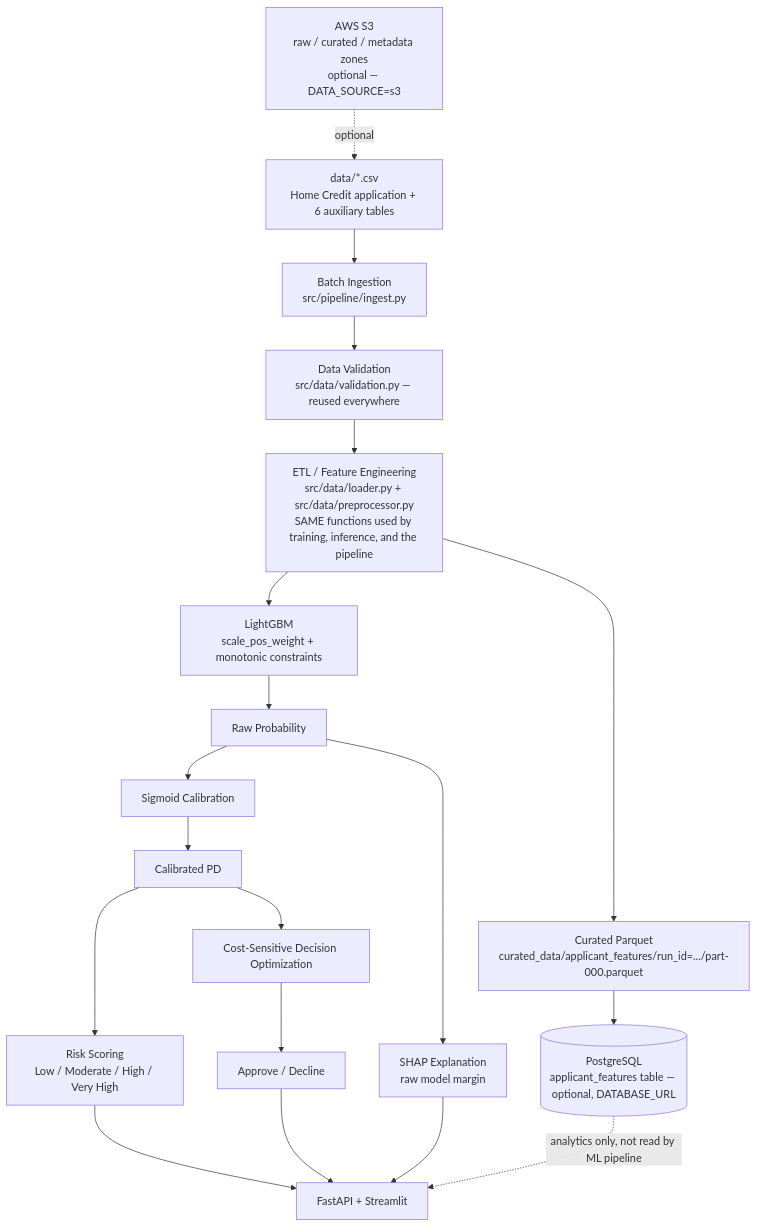
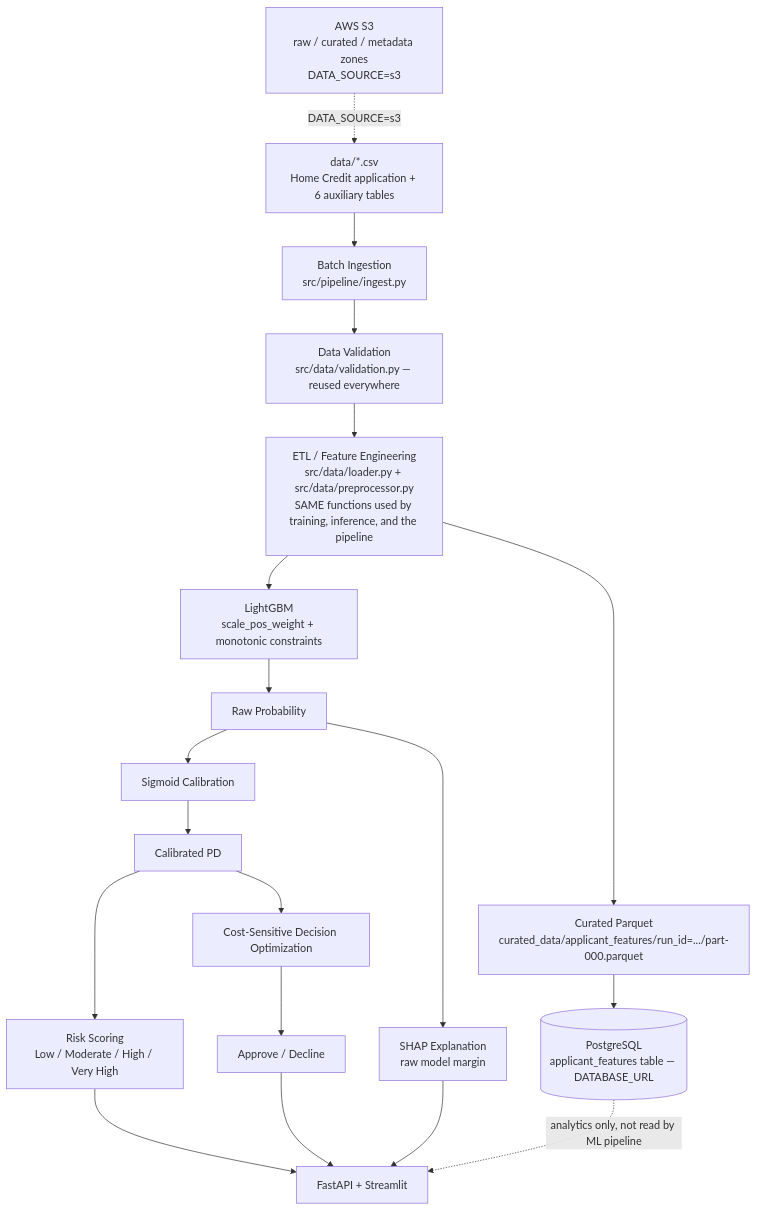
One commit to Fiyona-s/credit-risk-intelligence-platform-final changed the diagram in README.md. Above: the diagram before and after it, drawn with Mermaid. The commit also changed other lines of this file, not shown here.

Commit message:
Tidy AWS S3/PostgreSQL diagram labels for readability
Removes the repeated "optional" qualifier from the S3/PostgreSQL nodes
in both architecture diagrams and replaces it with the actual config
flag (DATA_SOURCE=s3) on the S3->ingestion edge, since it read as
hedging rather than a clear description. The underlying architecture
is unchanged: local CSV input remains the default data source, S3/
PostgreSQL remain configurable via DATA_SOURCE/DATABASE_URL, and the
validation-scope disclosure in the Data engineering section is
unchanged.

````diff
--- a/README.md
+++ b/README.md
@@ -27,32 +27,32 @@
 ```mermaid
 flowchart TD
-    S3[AWS S3<br/>raw / curated / metadata zones<br/>optional — DATA_SOURCE=s3]
+    S3[AWS S3<br/>raw / curated / metadata zones<br/>DATA_SOURCE=s3]
     RAW[data/*.csv<br/>Home Credit application + 6 auxiliary tables]
     INGEST[Batch Ingestion<br/>src/pipeline/ingest.py]
     VALIDATE[Data Validation<br/>src/data/validation.py — reused everywhere]
     ETL[ETL / Feature Engineering<br/>src/data/loader.py + src/data/preprocessor.py<br/>SAME functions used by training, inference, and the pipeline]
     CURATED[Curated Parquet<br/>curated_data/applicant_features/run_id=.../part-000.parquet]
-    PG[(PostgreSQL<br/>applicant_features table — optional, DATABASE_URL)]
+    PG[(PostgreSQL<br/>applicant_features table — DATABASE_URL)]
     LGBM[LightGBM<br/>scale_pos_weight + monotonic constraints]
     RAWP[Raw Probability]
     SHAP[SHAP Explanation<br/>raw model margin]
     CAL[Sigmoid Calibration]
     CPD[Calibrated PD]
     RISK[Risk Scoring<br/>Low / Moderate / High / Very High]
     DECOPT[Cost-Sensitive Decision Optimization]
     DECISION[Approve / Decline]
     APIUI[FastAPI + Streamlit]
 
-    S3 -.optional.-> RAW
+    S3 -.DATA_SOURCE=s3.-> RAW
     RAW --> INGEST --> VALIDATE --> ETL --> CURATED --> PG
     ETL --> LGBM
     LGBM --> RAWP
     RAWP --> SHAP
     RAWP --> CAL --> CPD
     CPD --> RISK
     CPD --> DECOPT --> DECISION
     RISK --> APIUI
     DECISION --> APIUI
     SHAP --> APIUI
     PG -.analytics only, not read by ML pipeline.-> APIUI
 ```
````
